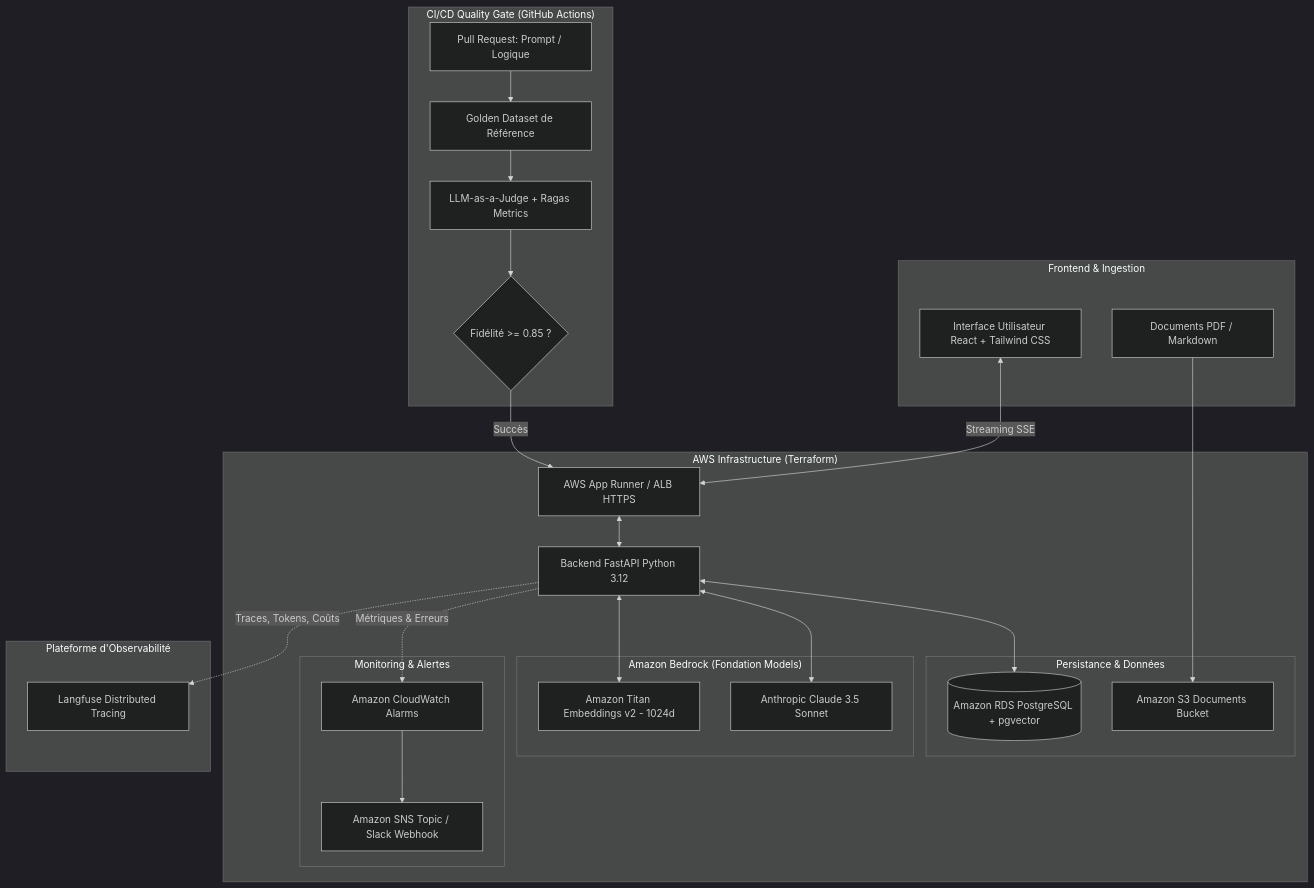
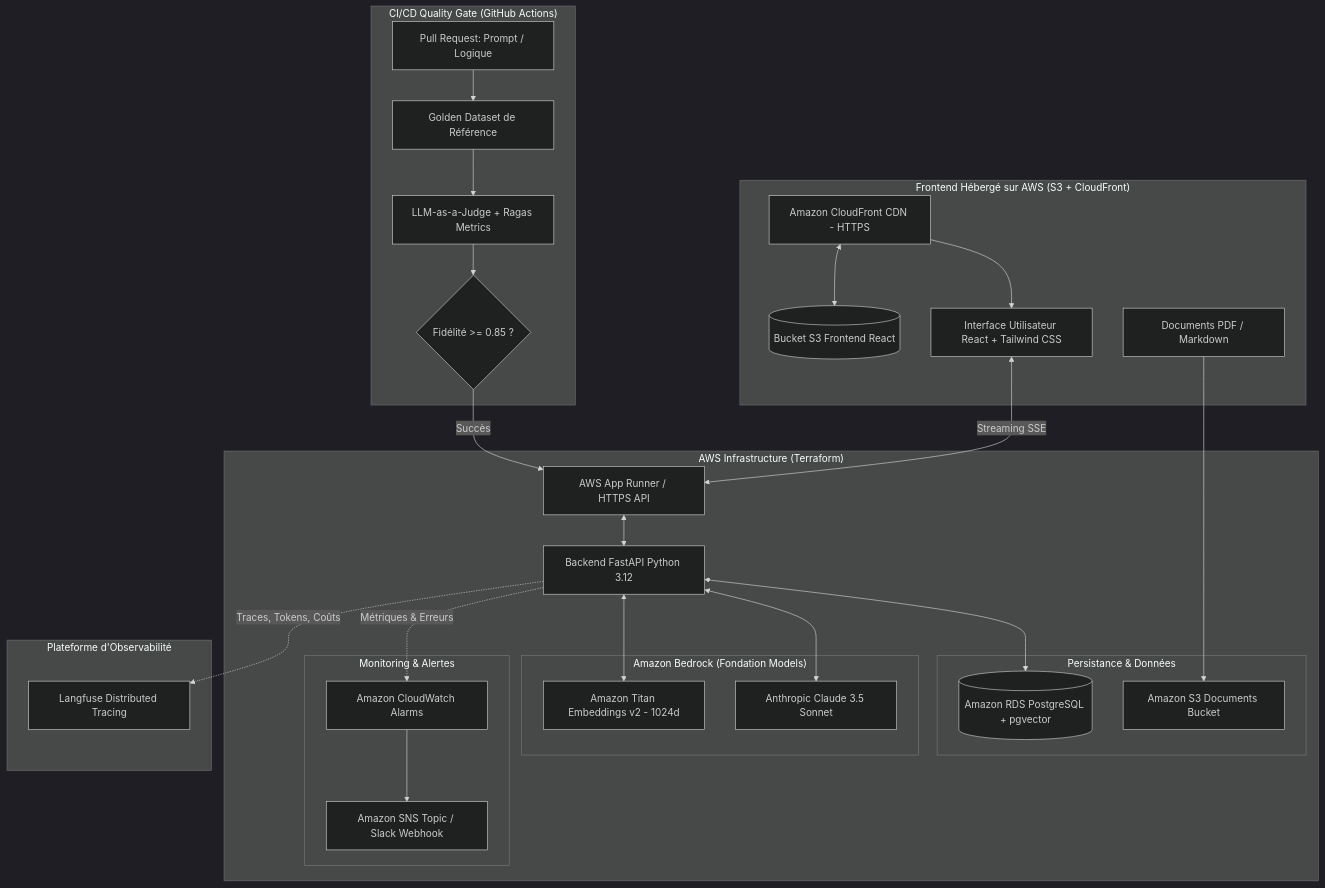
One commit to Math-ieu/rag-llmops-aws changed the diagram in README.md. Above: the diagram before and after it, drawn with Mermaid (dark theme). The commit also changed other lines of this file and 6 other files, not shown here.

Commit message:
feat(infra): add S3 + CloudFront CDN Terraform module for frontend deployment

````diff
--- a/README.md
+++ b/README.md
@@ -26,50 +26,54 @@
 ```mermaid
 flowchart TD
-    subgraph Client["Frontend & Ingestion"]
+    subgraph Client["Frontend Hébergé sur AWS (S3 + CloudFront)"]
+        CF[Amazon CloudFront CDN - HTTPS]
+        S3Front[(Bucket S3 Frontend React)]
         UI[Interface Utilisateur React + Tailwind CSS]
         DocUpload[Documents PDF / Markdown]
     end
 
     subgraph AWS_Cloud["AWS Infrastructure (Terraform)"]
-        ALB[AWS App Runner / ALB HTTPS]
+        ALB[AWS App Runner / HTTPS API]
         FastAPI[Backend FastAPI Python 3.12]
         
         subgraph Storage["Persistance & Données"]
             RDS[(Amazon RDS PostgreSQL + pgvector)]
             S3[Amazon S3 Documents Bucket]
         end
 
         subgraph Bedrock["Amazon Bedrock (Fondation Models)"]
             Titan[Amazon Titan Embeddings v2 - 1024d]
             Claude[Anthropic Claude 3.5 Sonnet]
         end
 
         subgraph Monitor["Monitoring & Alertes"]
             CW[Amazon CloudWatch Alarms]
             SNS[Amazon SNS Topic / Slack Webhook]
         end
     end
 
     subgraph Observability_Platform["Plateforme d'Observabilité"]
         Langfuse[Langfuse Distributed Tracing]
     end
 
     subgraph CICD["CI/CD Quality Gate (GitHub Actions)"]
         PR[Pull Request: Prompt / Logique]
         Golden[Golden Dataset de Référence]
         Judge[LLM-as-a-Judge + Ragas Metrics]
         Gate{Fidélité >= 0.85 ?}
     end
 
+    CF <--> S3Front
+    CF --> UI
     DocUpload --> S3
     UI <-->|Streaming SSE| ALB
     ALB <--> FastAPI
     FastAPI <--> Titan
     FastAPI <--> RDS
     FastAPI <--> Claude
     FastAPI -.->|Traces, Tokens, Coûts| Langfuse
     FastAPI -.->|Métriques & Erreurs| CW
     CW --> SNS
     PR --> Golden --> Judge --> Gate
     Gate -->|Succès| ALB
 ```
````
